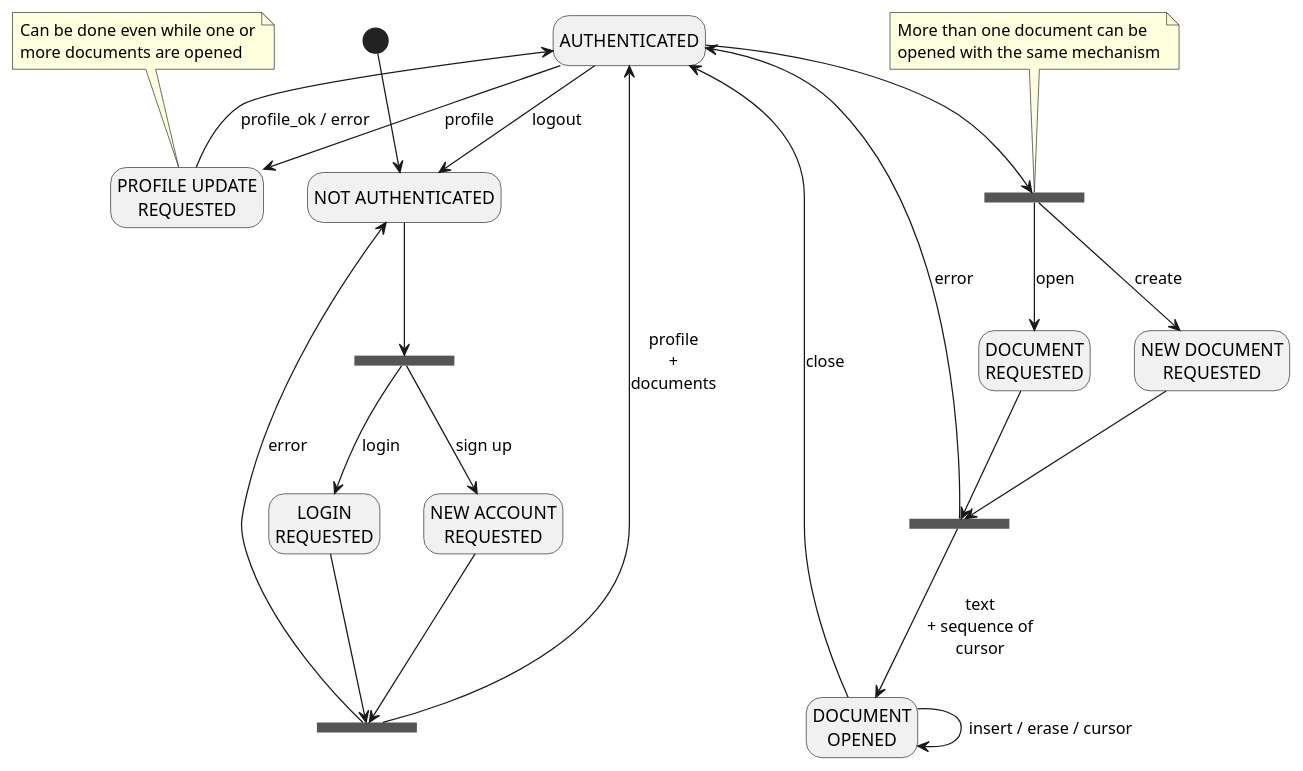
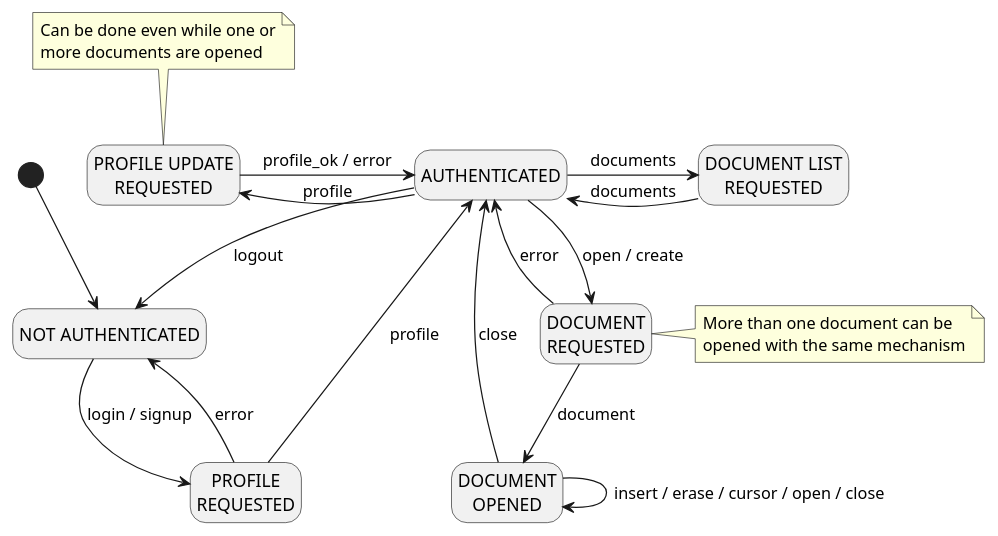
The diagram in docs/plantuml/protocol.pu (franco-ruggeri/write-together), drawn with PlantUML before and after one commit. The commit also changed 51 other files, not shown here.

```diff
--- a/docs/plantuml/protocol.pu
+++ b/docs/plantuml/protocol.pu
@@ -1,44 +1,33 @@
 @startuml
 hide empty description
 
 state "NOT AUTHENTICATED" as na
-state "LOGIN\nREQUESTED" as lr
-state "NEW ACCOUNT\nREQUESTED" as nar
+state "PROFILE\nREQUESTED" as pr
 state "AUTHENTICATED" as a
+state "DOCUMENT LIST\nREQUESTED" as dlr
 state "DOCUMENT\nREQUESTED" as dr
-state "NEW DOCUMENT\nREQUESTED" as ndr
 state "DOCUMENT\nOPENED" as do
 state "PROFILE UPDATE\nREQUESTED" as pur
-state fork_authentication <<fork>>
-state join_authentication <<join>>
-state fork_document <<fork>>
-state join_document <<join>>
 
 [*] --> na
 
-na --> fork_authentication
-fork_authentication --> lr : login
-fork_authentication --> nar : sign up
-lr --> join_authentication
-nar --> join_authentication
-join_authentication --> a : profile\n+\ndocuments
-join_authentication --> na : error
-
+na --> pr : login / signup
+pr --> a : profile
+pr --> na : error
 a --> na : logout
 
-a -> pur : profile
-pur --> a : profile_ok / error
+a -left-> pur : profile
+pur -right-> a : profile_ok / error
 
-a --> fork_document
-fork_document --> dr : open
-fork_document --> ndr : create
-dr --> join_document
-ndr --> join_document
-join_document --> do : text\n+ sequence of\ncursor
-join_document --> a : error
+a -right-> dlr : documents
+dlr -left-> a : documents
+
+a --> dr : open / create
+dr --> do : document
+dr --> a : error
 do --> a : close
-do --> do : insert / erase / cursor
+do --> do : insert / erase / cursor / open / close
 
 note top of pur : Can be done even while one or\nmore documents are opened
-note top of fork_document : More than one document can be\nopened with the same mechanism
+note right of dr : More than one document can be\nopened with the same mechanism
 @enduml
```
